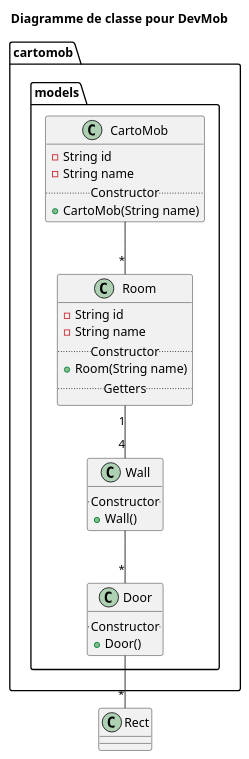
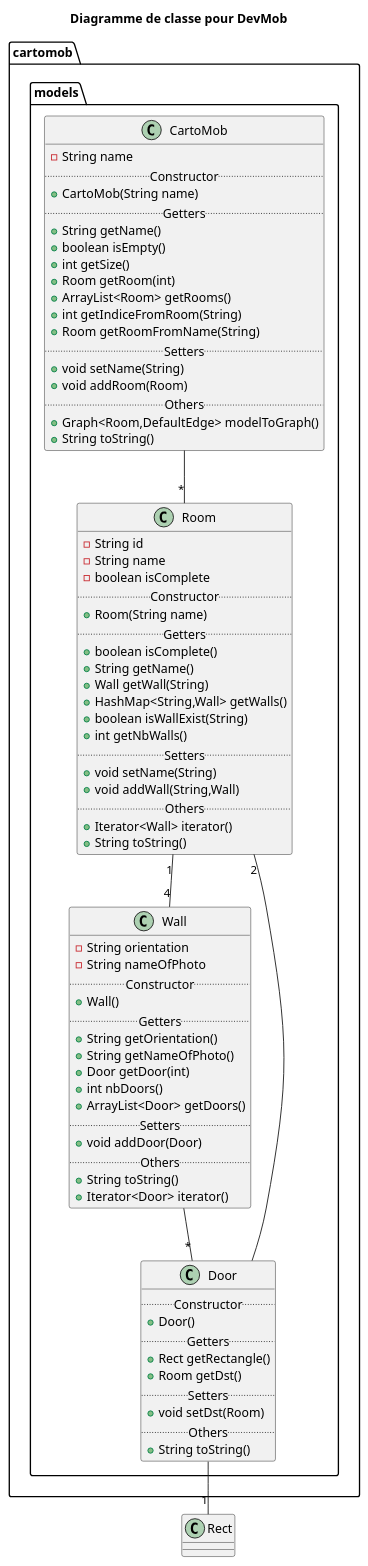
Before and after one commit to victord54/CartoMob: the diagram in theoreticalDiag.puml, drawn with PlantUML. The commit also changed 1 other file, not shown here.

Commit message:
Modif du diagramme de classe.

```diff
--- a/theoreticalDiag.puml
+++ b/theoreticalDiag.puml
@@ -1,39 +1,86 @@
 @startuml
 
 title Diagramme de classe pour DevMob
 
 package cartomob {
     package models {
         class CartoMob {
-            - String id
             - String name
             ..Constructor..
             + CartoMob(String name)
+            ..Getters..
+            + String getName()
+            + boolean isEmpty()
+            + int getSize()
+            + Room getRoom(int)
+            + ArrayList<Room> getRooms()
+            + int getIndiceFromRoom(String)
+            + Room getRoomFromName(String)
+            ..Setters..
+            + void setName(String)
+            + void addRoom(Room)
+            ..Others..
+            + Graph<Room,DefaultEdge> modelToGraph()
+            + String toString()
         }
 
         class Room {
             - String id
             - String name
+            - boolean isComplete
             ..Constructor..
             + Room(String name)
             ..Getters..
+            + boolean isComplete()
+            + String getName()
+            + Wall getWall(String)
+            + HashMap<String,Wall> getWalls()
+            + boolean isWallExist(String)
+            + int getNbWalls()
+            ..Setters..
+            + void setName(String)
+            + void addWall(String,Wall)
+            ..Others..
+            + Iterator<Wall> iterator()
+            + String toString()
         }
 
         class Wall {
+            - String orientation
+            - String nameOfPhoto
             ..Constructor..
             + Wall()
+            ..Getters..
+            + String getOrientation()
+            + String getNameOfPhoto()
+            + Door getDoor(int)
+            + int nbDoors()
+            + ArrayList<Door> getDoors()
+            ..Setters..
+            + void addDoor(Door)
+            ..Others..
+            + String toString()
+            + Iterator<Door> iterator()
         }
 
         class Door {
             ..Constructor..
             + Door()
+            ..Getters..
+            + Rect getRectangle()
+            + Room getDst()
+            ..Setters..
+            + void setDst(Room)
+            ..Others..
+            + String toString()
         }
     }
 }
 
 CartoMob --"*" Room
 Room "1"--"4" Wall
 Wall --"*" Door
-Door --"*" Rect
+Door --"1" Rect
+Door --"2" Room
 
 @enduml
```
